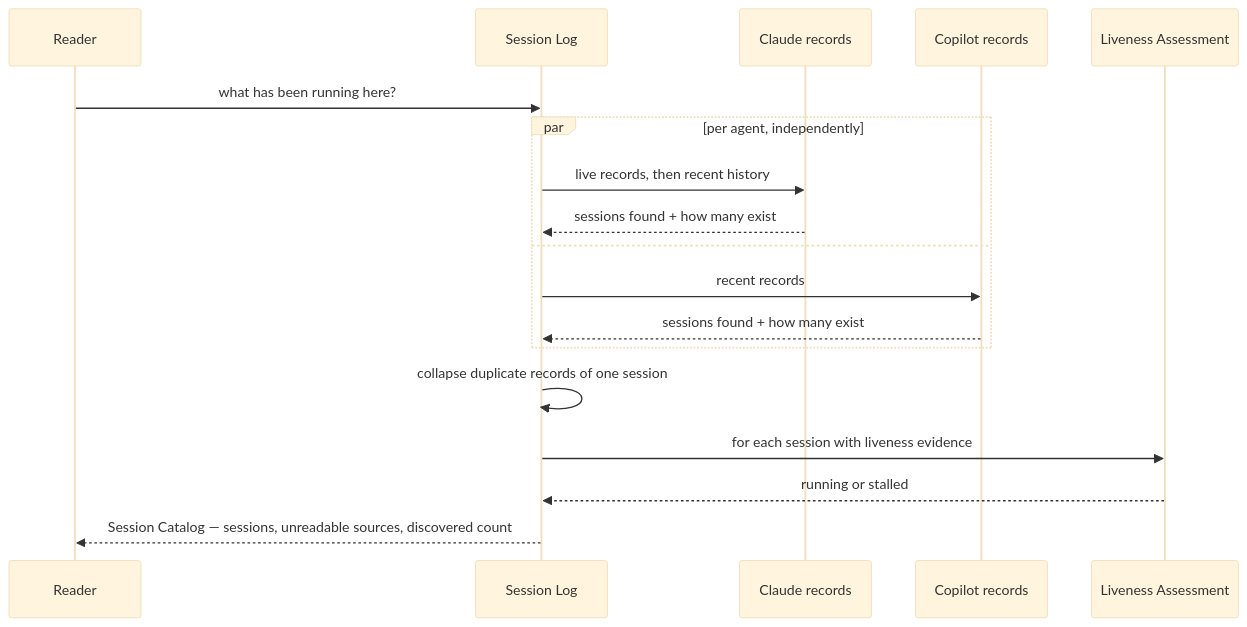
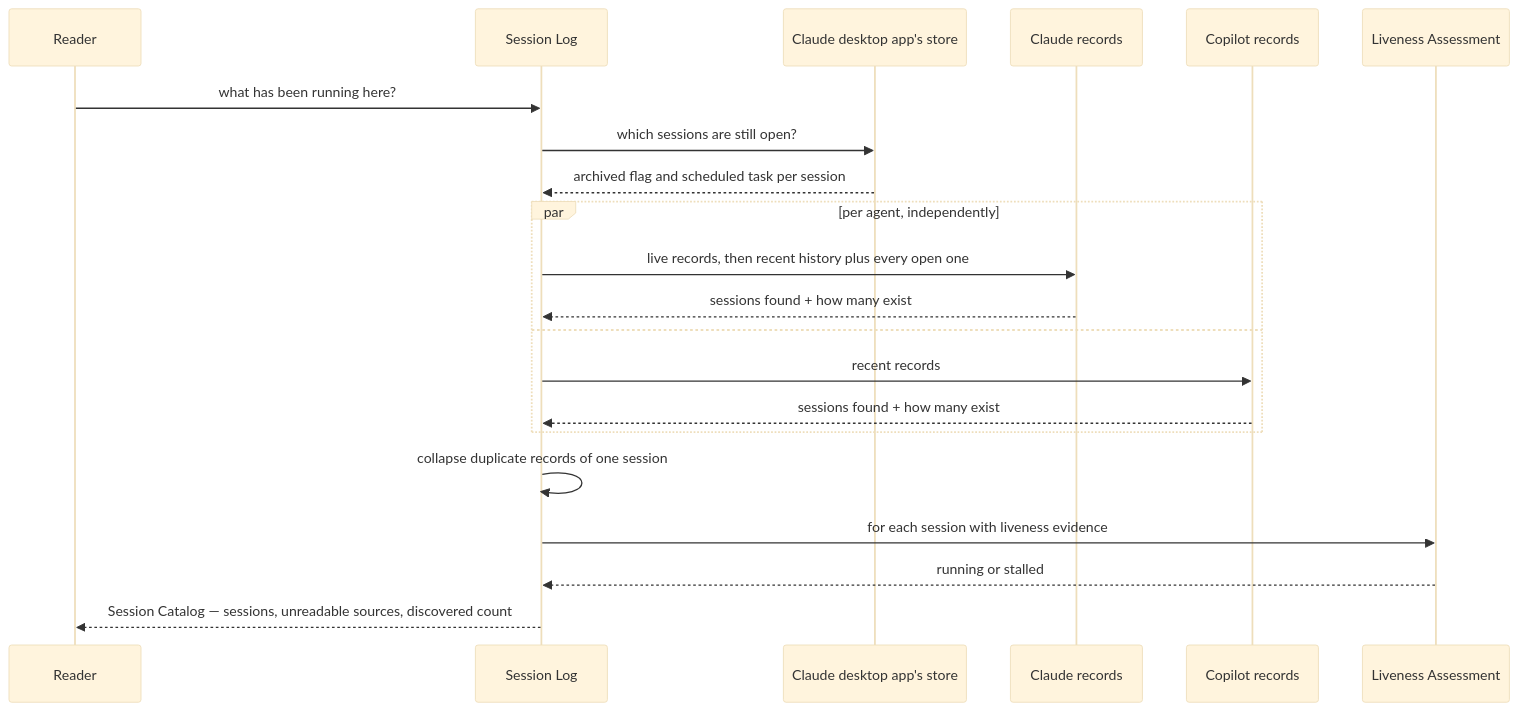
Before and after one commit to JSdotNet/Backlog: the second of 4 diagrams in .devbook/domain/sessions/flow.md, drawn with Mermaid (base theme). The commit also changed other lines of this file and 20 other files, not shown here.

First line of the commit message:
Add an Open sessions view for Claude desktop sessions not yet archived

````diff
--- a/.devbook/domain/sessions/flow.md
+++ b/.devbook/domain/sessions/flow.md
@@ -50,21 +52,24 @@
 ```mermaid
 sequenceDiagram
     participant Reader
     participant Log as Session Log
+    participant Desktop as Claude desktop app's store
     participant Claude as Claude records
     participant Copilot as Copilot records
     participant Liveness as Liveness Assessment
 
     Reader->>Log: what has been running here?
+    Log->>Desktop: which sessions are still open?
+    Desktop-->>Log: archived flag and scheduled task per session
     par per agent, independently
-        Log->>Claude: live records, then recent history
+        Log->>Claude: live records, then recent history plus every open one
         Claude-->>Log: sessions found + how many exist
     and
         Log->>Copilot: recent records
         Copilot-->>Log: sessions found + how many exist
     end
     Log->>Log: collapse duplicate records of one session
     Log->>Liveness: for each session with liveness evidence
     Liveness-->>Log: running or stalled
     Log-->>Reader: Session Catalog — sessions, unreadable sources, discovered count
 ```
````
